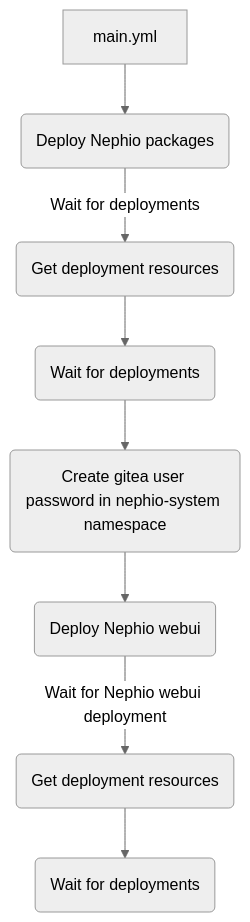
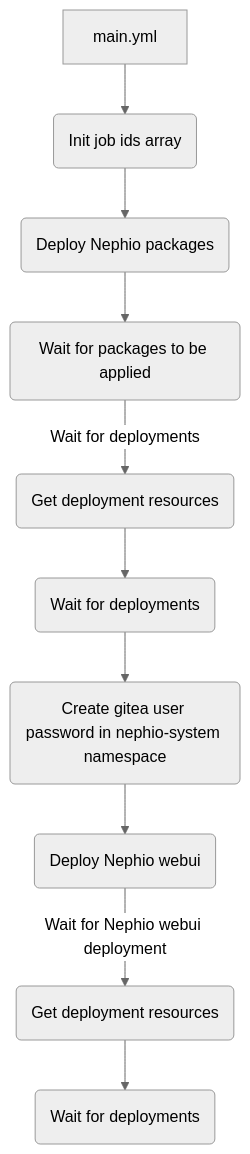
One commit to nephio-project/test-infra changed the diagram in e2e/provision/playbooks/roles/install/README.md. Above: the diagram before and after it, drawn with Mermaid (neutral theme). The commit also changed 6 other files, not shown here.

````diff
--- a/e2e/provision/playbooks/roles/install/README.md
+++ b/e2e/provision/playbooks/roles/install/README.md
@@ -70,10 +70,12 @@
 ```mermaid
 flowchart TD
-    A[main.yml] --> B(Deploy Nephio packages)
-    B --> |Wait for deployments| C(Get deployment resources)
-    C --> D(Wait for deployments)
-    D --> E(Create gitea user password in nephio-system namespace)
-    E --> F(Deploy Nephio webui)
-    F --> |Wait for Nephio webui deployment| G(Get deployment resources)
-    G --> H(Wait for deployments)
+    A[main.yml] --> B(Init job ids array)
+    B --> C(Deploy Nephio packages)
+    C --> D(Wait for packages to be applied)
+    D --> |Wait for deployments| E(Get deployment resources)
+    E --> F(Wait for deployments)
+    F --> G(Create gitea user password in nephio-system namespace)
+    G --> H(Deploy Nephio webui)
+    H --> |Wait for Nephio webui deployment| I(Get deployment resources)
+    I --> J(Wait for deployments)
 ```
````
